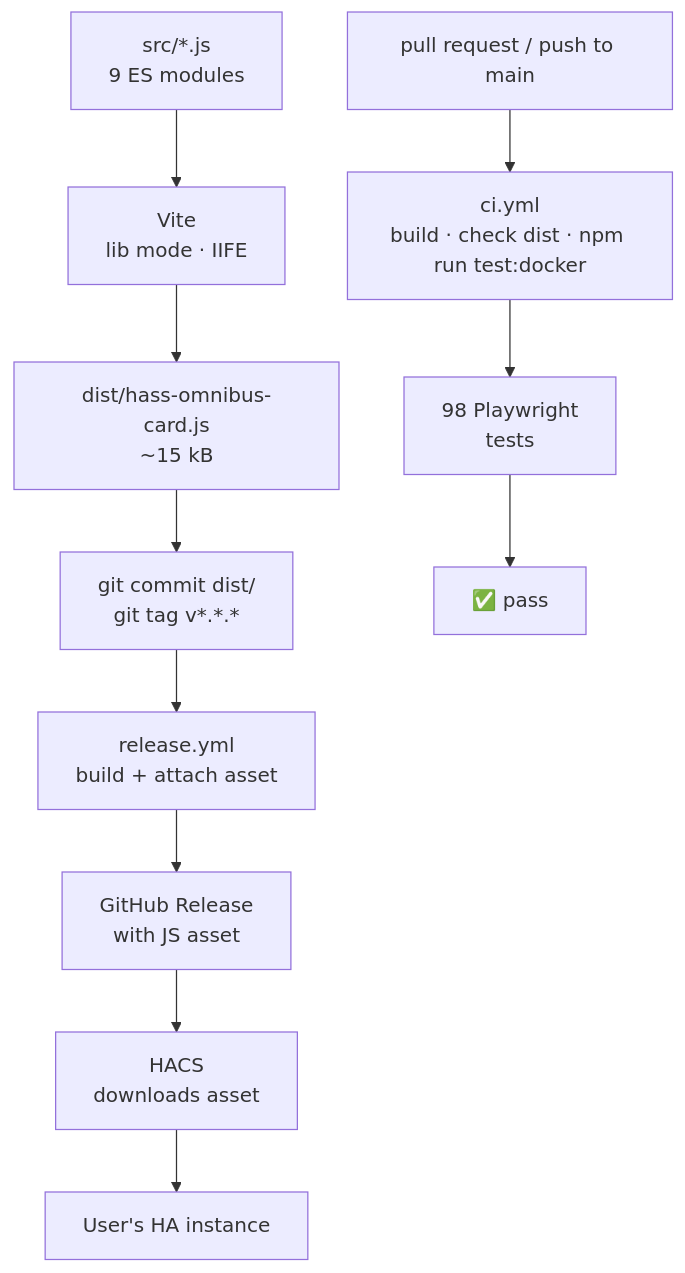
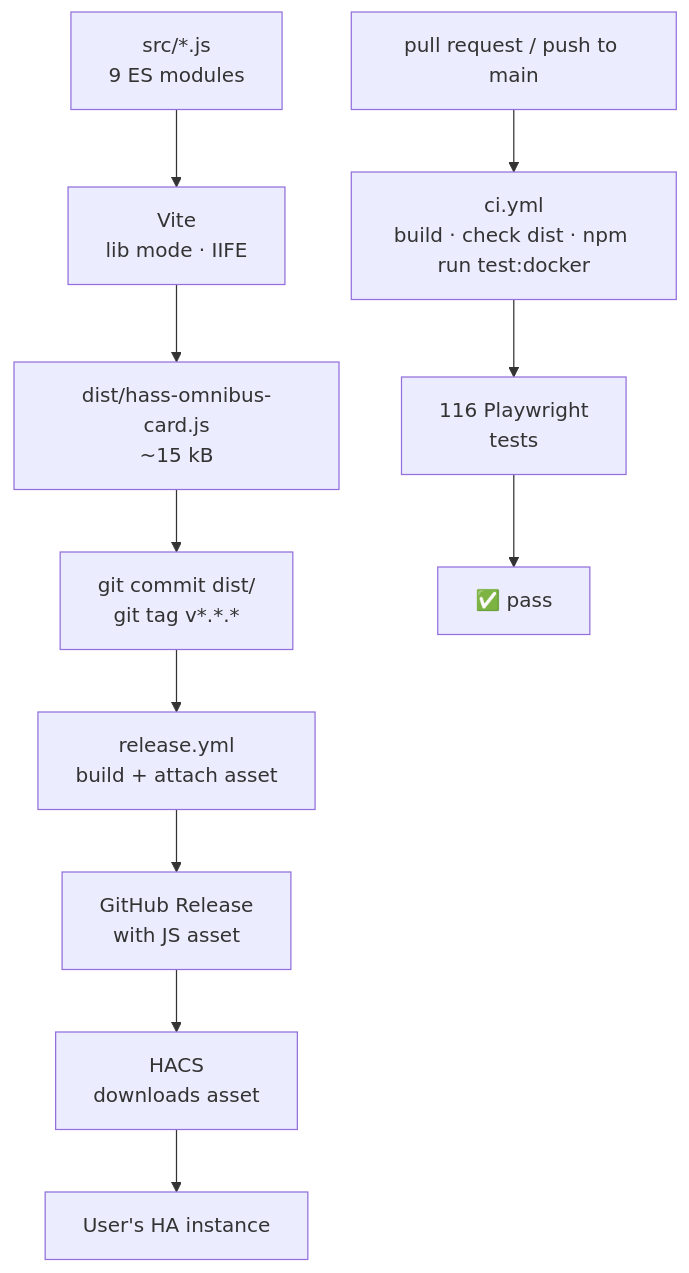
Before and after one commit to darknessnerd/hass-omnibus-card: the third of 3 diagrams in DEVELOPMENT.md, drawn with Mermaid. The commit also changed other lines of this file and 14 other files, not shown here.

````diff
--- a/DEVELOPMENT.md
+++ b/DEVELOPMENT.md
@@ -141,19 +141,19 @@
 ```mermaid
 flowchart TD
   src["src/*.js\n9 ES modules"]
   vite["Vite\nlib mode · IIFE"]
   dist["dist/hass-omnibus-card.js\n~15 kB"]
   commit["git commit dist/\ngit tag v*.*.*"]
   rel_wf["release.yml\nbuild + attach asset"]
   release["GitHub Release\nwith JS asset"]
   hacs["HACS\ndownloads asset"]
   ha["User's HA instance"]
 
   pr["pull request / push to main"]
   ci_wf["ci.yml\nbuild · check dist · npm run test:docker"]
-  tests["98 Playwright\ntests"]
+  tests["116 Playwright\ntests"]
   pass["✅ pass"]
 
   src --> vite --> dist --> commit --> rel_wf --> release --> hacs --> ha
   pr --> ci_wf --> tests --> pass
 ```
````
